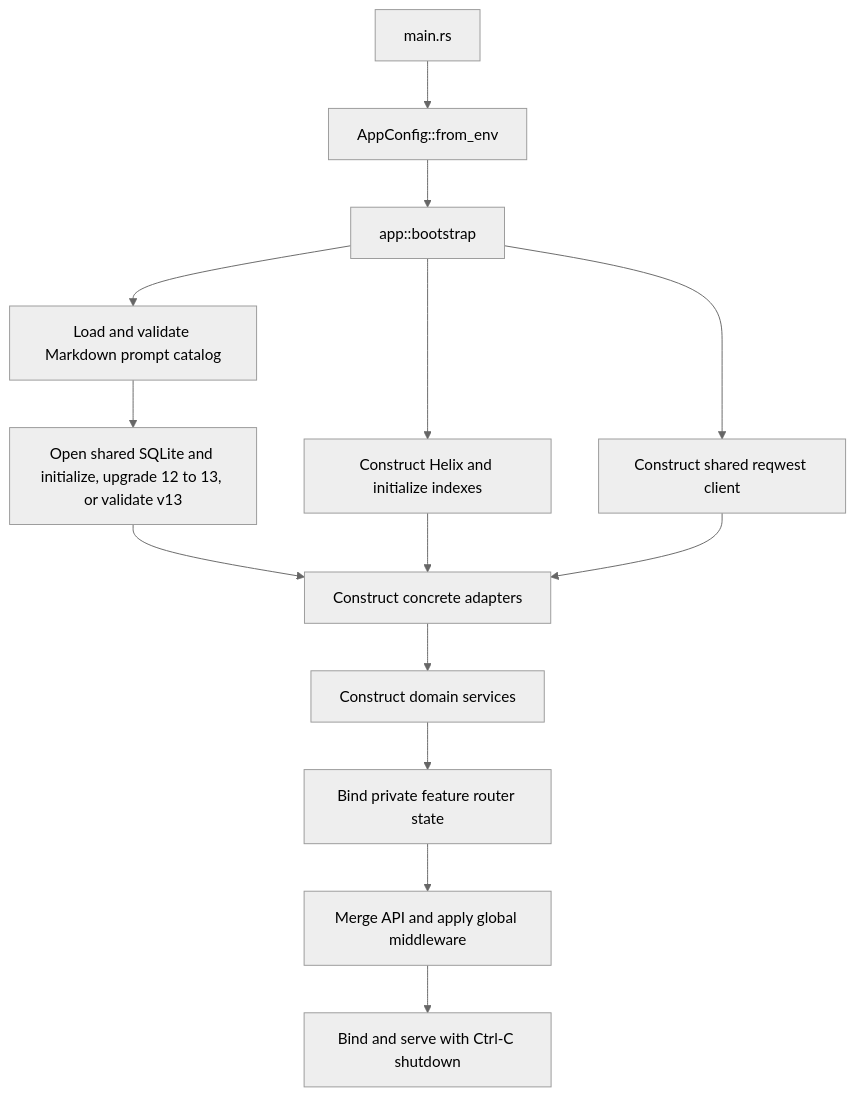
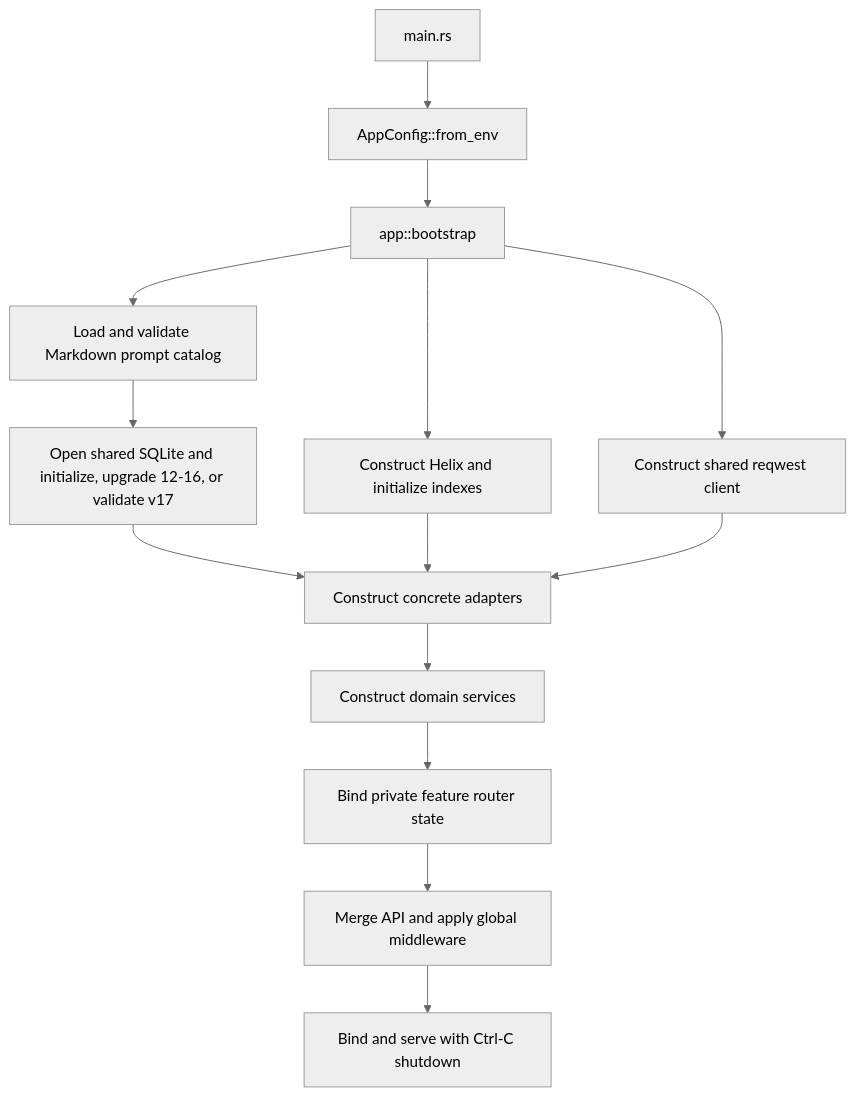
The second of 3 diagrams in docs/ARCHITECTURE.md (ratik-gambhir-WM/Quarry), drawn with Mermaid (neutral theme) before and after one commit. The commit also changed other lines of this file and 87 other files, not shown here.

````diff
--- a/docs/ARCHITECTURE.md
+++ b/docs/ARCHITECTURE.md
@@ -1296,16 +1350,16 @@
 ```mermaid
 flowchart TD
     Main[main.rs] --> Config[AppConfig::from_env]
     Config --> Bootstrap[app::bootstrap]
     Bootstrap --> Prompts[Load and validate Markdown prompt catalog]
-    Prompts --> Sqlite[Open shared SQLite and initialize, upgrade 12 to 13, or validate v13]
+    Prompts --> Sqlite[Open shared SQLite and initialize, upgrade 12-16, or validate v17]
     Bootstrap --> Helix[Construct Helix and initialize indexes]
     Bootstrap --> Http[Construct shared reqwest client]
     Sqlite --> Adapters[Construct concrete adapters]
     Helix --> Adapters
     Http --> Adapters
     Adapters --> Domains[Construct domain services]
     Domains --> FeatureRouters[Bind private feature router state]
     FeatureRouters --> Router[Merge API and apply global middleware]
     Router --> Serve[Bind and serve with Ctrl-C shutdown]
 ```
````
